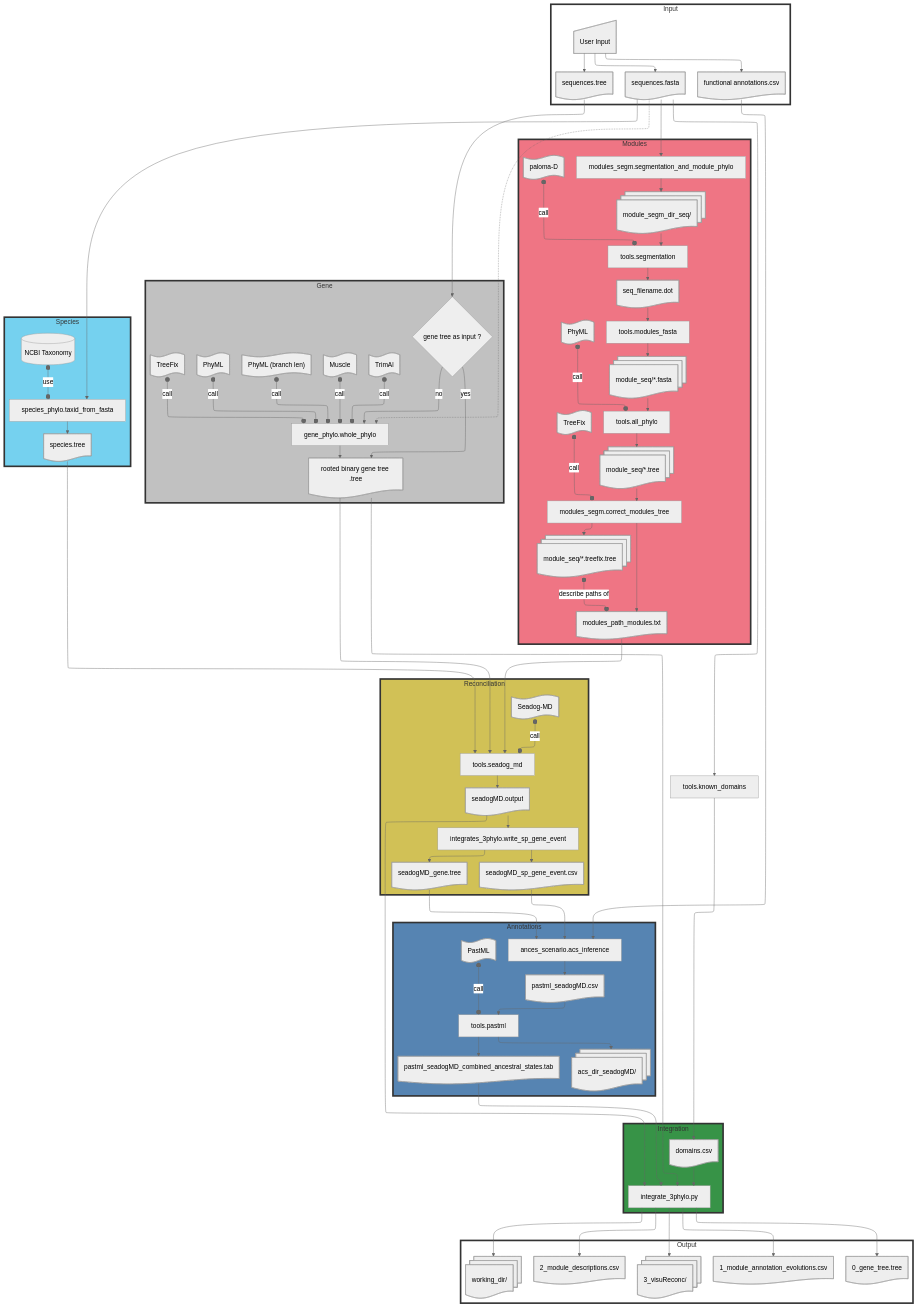
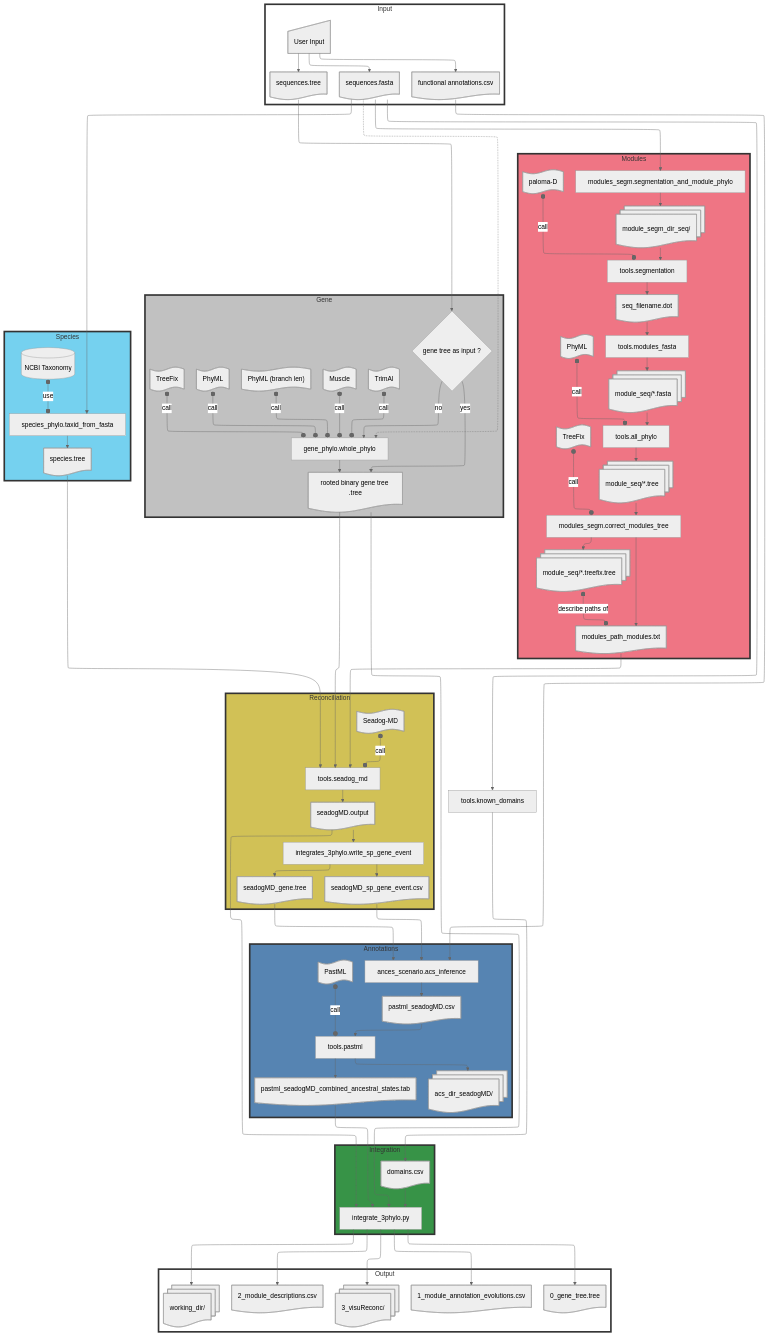
The diagram in README.md (OcMalde/fuse-phylotree), drawn with Mermaid before and after one commit.

Commit message:
readme mermaid test

```diff
--- a/README.md
+++ b/README.md
@@ -21,7 +21,7 @@
 config:
   layout: elk
   elk:
-    nodePlacementStrategy: NETWORK_SIMPLEX
+    nodePlacementStrategy: SIMPLE
   look: classic
   theme: neutral
   fontSize: 50
```
